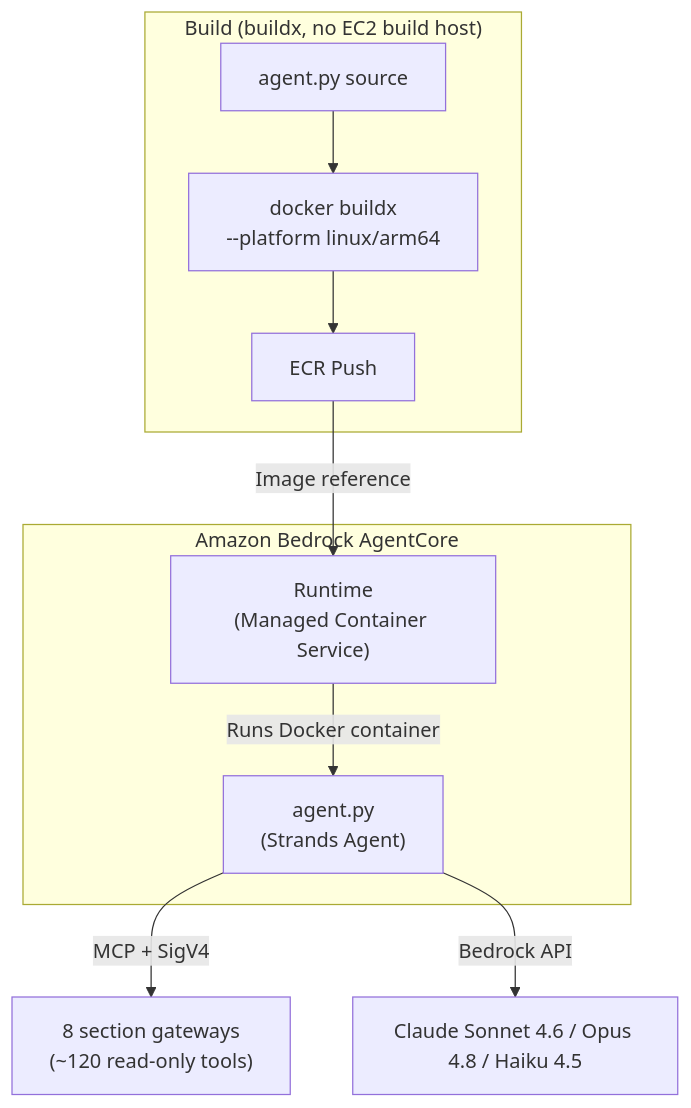
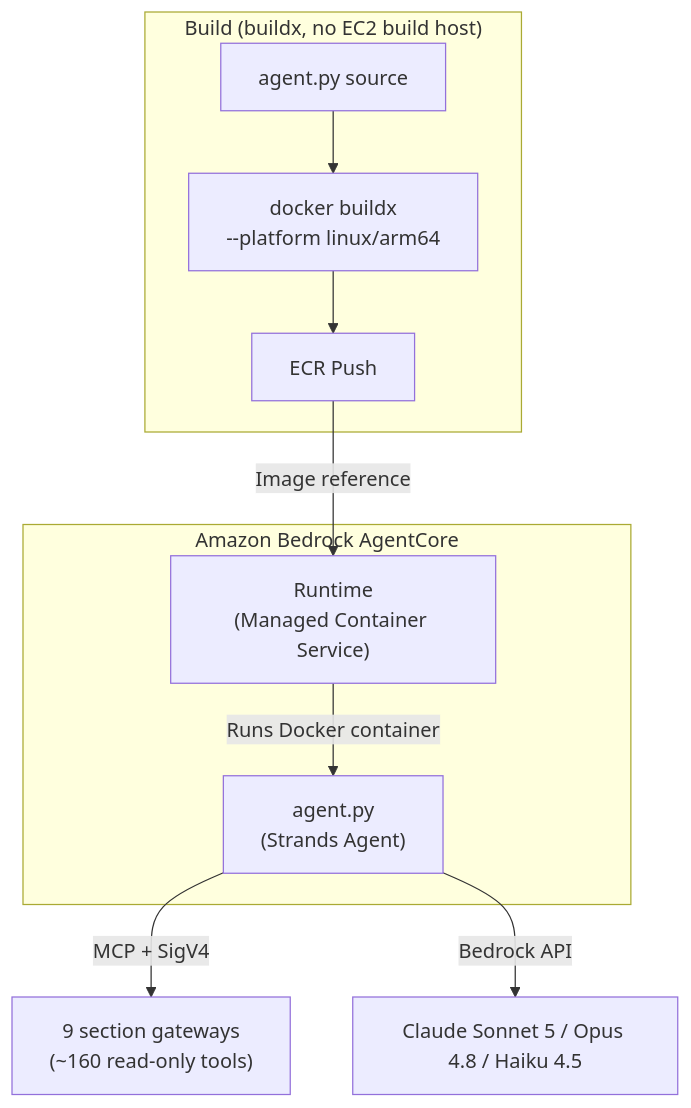
Before and after one commit to aws-samples/sample-awsops: the second of 7 diagrams in docs-site/i18n/en/docusaurus-plugin-content-docs/current/faq/agentcore-memory.md, drawn with Mermaid. The commit also changed other lines of this file and 1021 other files, not shown here.

````diff
--- a/docs-site/i18n/en/docusaurus-plugin-content-docs/current/faq/agentcore-memory.md
+++ b/docs-site/i18n/en/docusaurus-plugin-content-docs/current/faq/agentcore-memory.md
@@ -40,17 +40,17 @@
 ```mermaid
 flowchart TD
   subgraph AC["Amazon Bedrock AgentCore"]
     RT["Runtime<br/>(Managed Container Service)"]
     RT -->|"Runs Docker container"| AGENT["agent.py<br/>(Strands Agent)"]
   end
 
   subgraph BUILD["Build (buildx, no EC2 build host)"]
     SRC["agent.py source"] --> DOCKER["docker buildx<br/>--platform linux/arm64"]
     DOCKER --> ECR["ECR Push"]
   end
 
   ECR -->|"Image reference"| RT
 
-  AGENT -->|"MCP + SigV4"| GW["8 section gateways<br/>(~120 read-only tools)"]
-  AGENT -->|"Bedrock API"| MODEL["Claude Sonnet 4.6 / Opus 4.8 / Haiku 4.5"]
+  AGENT -->|"MCP + SigV4"| GW["9 section gateways<br/>(~160 read-only tools)"]
+  AGENT -->|"Bedrock API"| MODEL["Claude Sonnet 5 / Opus 4.8 / Haiku 4.5"]
 ```
````
